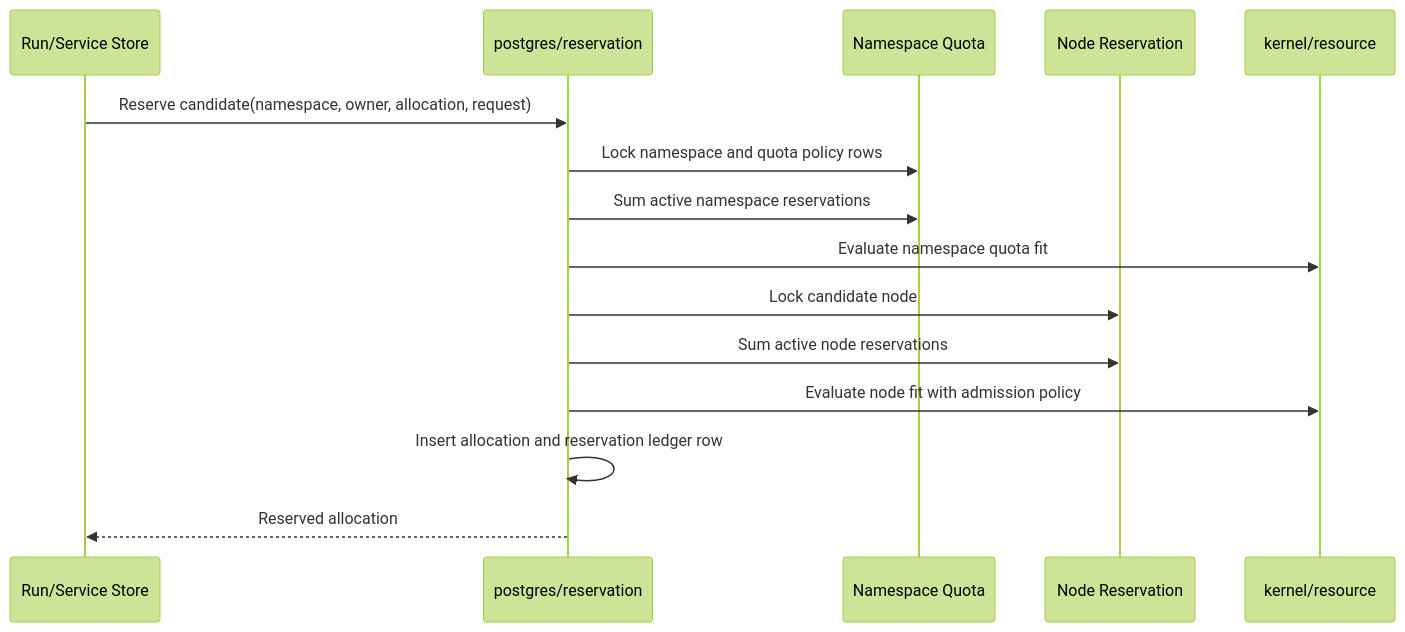
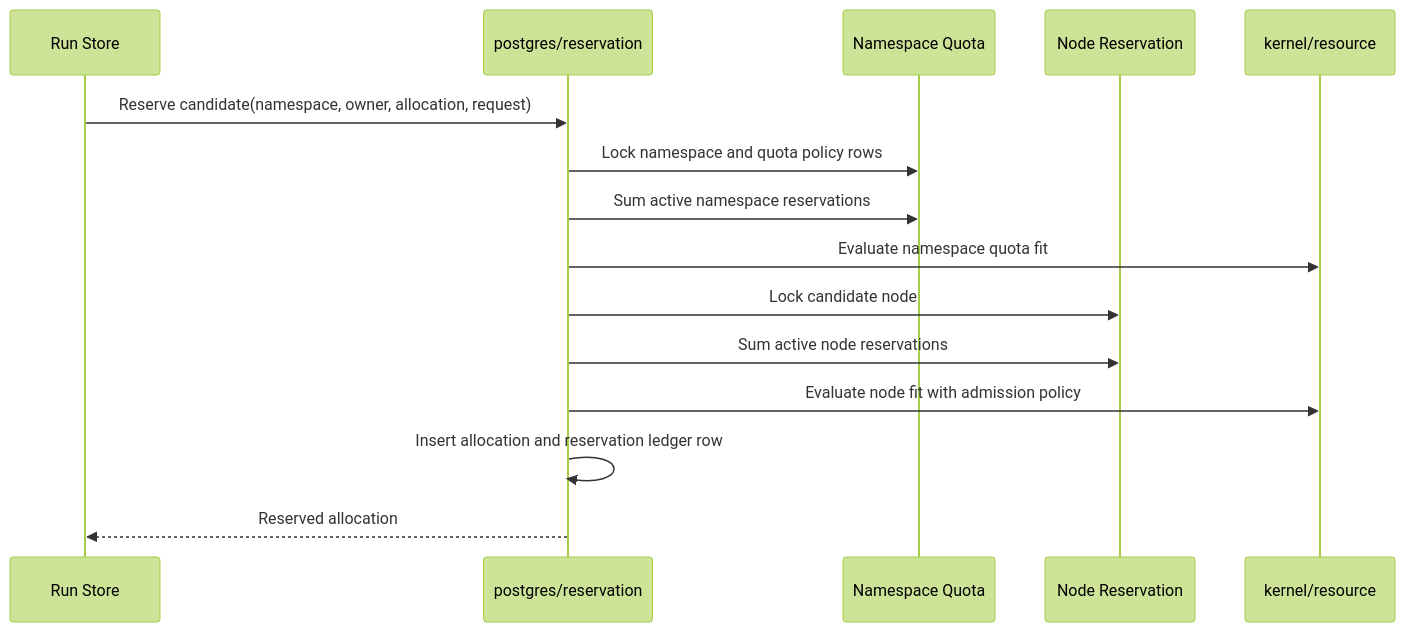
Before and after one commit to cofy-x/axern: the diagram in control/controld/docs/resource-quota.md, drawn with Mermaid (forest theme). The commit also changed other lines of this file and 566 other files, not shown here.

````diff
--- a/control/controld/docs/resource-quota.md
+++ b/control/controld/docs/resource-quota.md
@@ -66,18 +65,18 @@
 ```mermaid
 sequenceDiagram
-  participant Store as Run/Service Store
+  participant Store as Run Store
   participant Reservation as postgres/reservation
   participant Quota as Namespace Quota
   participant Node as Node Reservation
   participant Kernel as kernel/resource
 
   Store->>Reservation: Reserve candidate(namespace, owner, allocation, request)
   Reservation->>Quota: Lock namespace and quota policy rows
   Reservation->>Quota: Sum active namespace reservations
   Reservation->>Kernel: Evaluate namespace quota fit
   Reservation->>Node: Lock candidate node
   Reservation->>Node: Sum active node reservations
   Reservation->>Kernel: Evaluate node fit with admission policy
   Reservation->>Reservation: Insert allocation and reservation ledger row
   Reservation-->>Store: Reserved allocation
 ```
````
